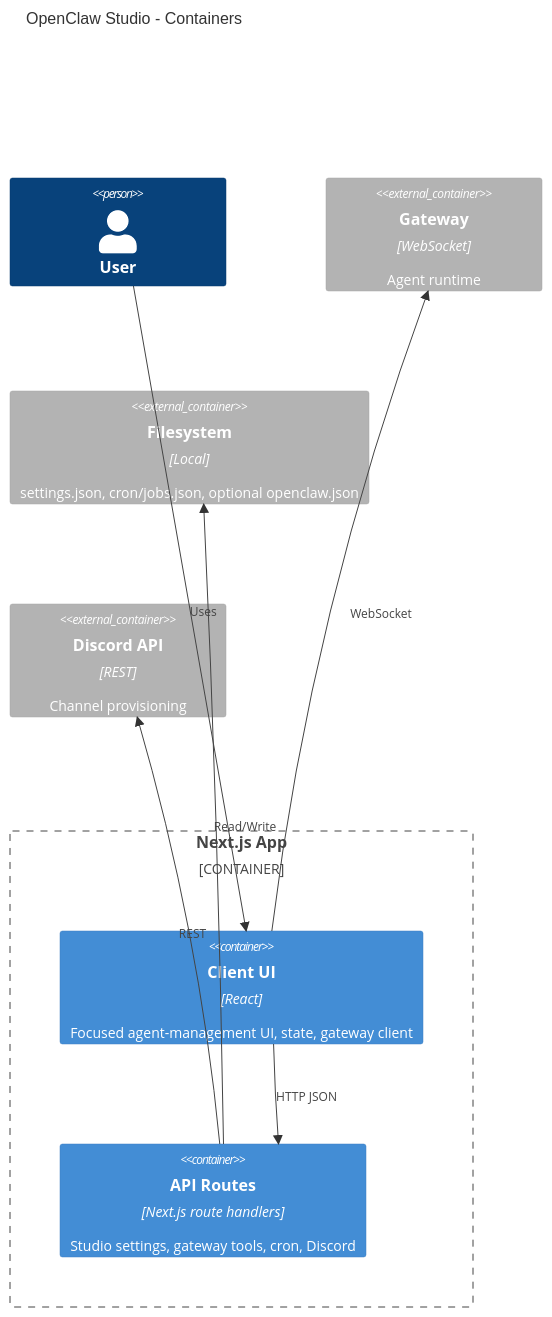
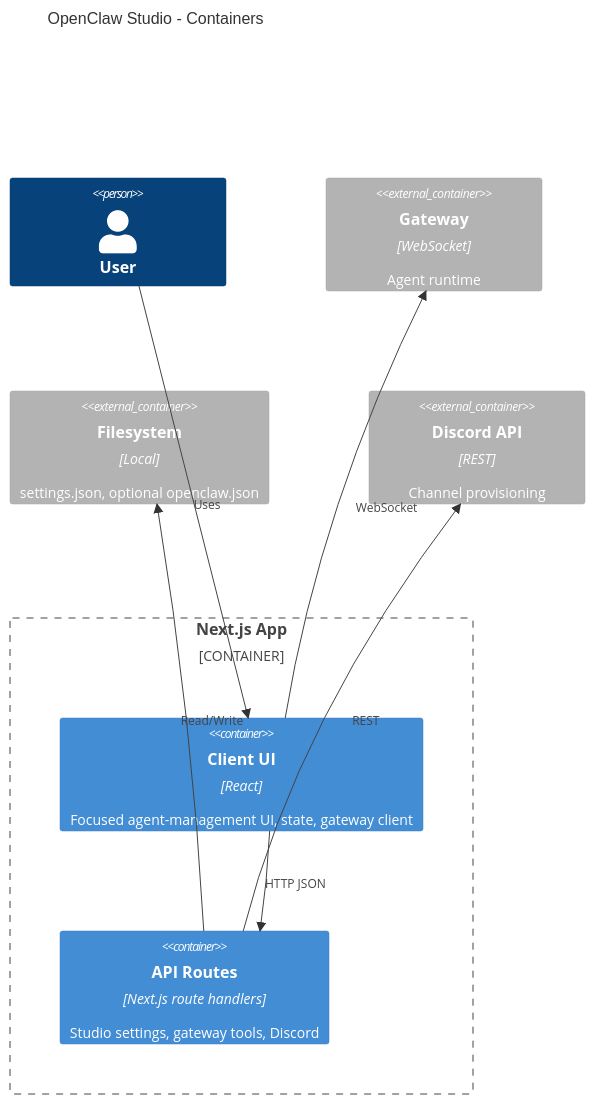
Before and after one commit to MichelCaini/openclaw-studio: the second of 2 diagrams in ARCHITECTURE.md, drawn with Mermaid. The commit also changed other lines of this file and 11 other files, not shown here.

Commit message:
Add agent-scoped cron settings controls with run/delete

````diff
--- a/ARCHITECTURE.md
+++ b/ARCHITECTURE.md
@@ -139,20 +139,20 @@
 ```mermaid
 C4Container
   title OpenClaw Studio - Containers
   Person(user, "User")
 
   Container_Boundary(app, "Next.js App") {
     Container(client, "Client UI", "React", "Focused agent-management UI, state, gateway client")
-    Container(api, "API Routes", "Next.js route handlers", "Studio settings, gateway tools, cron, Discord")
+    Container(api, "API Routes", "Next.js route handlers", "Studio settings, gateway tools, Discord")
   }
 
   Container_Ext(gateway, "Gateway", "WebSocket", "Agent runtime")
-  Container_Ext(fs, "Filesystem", "Local", "settings.json, cron/jobs.json, optional openclaw.json")
+  Container_Ext(fs, "Filesystem", "Local", "settings.json, optional openclaw.json")
   Container_Ext(discord, "Discord API", "REST", "Channel provisioning")
 
   Rel(user, client, "Uses")
   Rel(client, api, "HTTP JSON")
   Rel(client, gateway, "WebSocket")
   Rel(api, fs, "Read/Write")
   Rel(api, discord, "REST")
 ```
````
